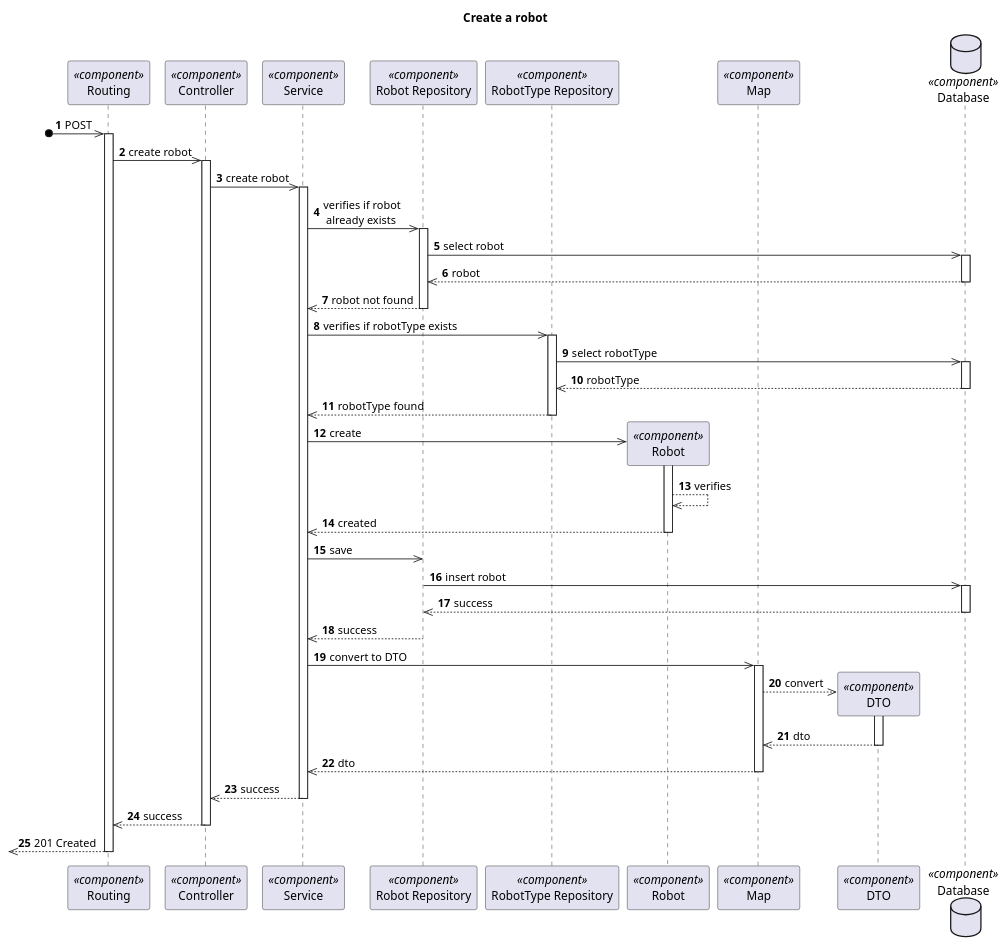
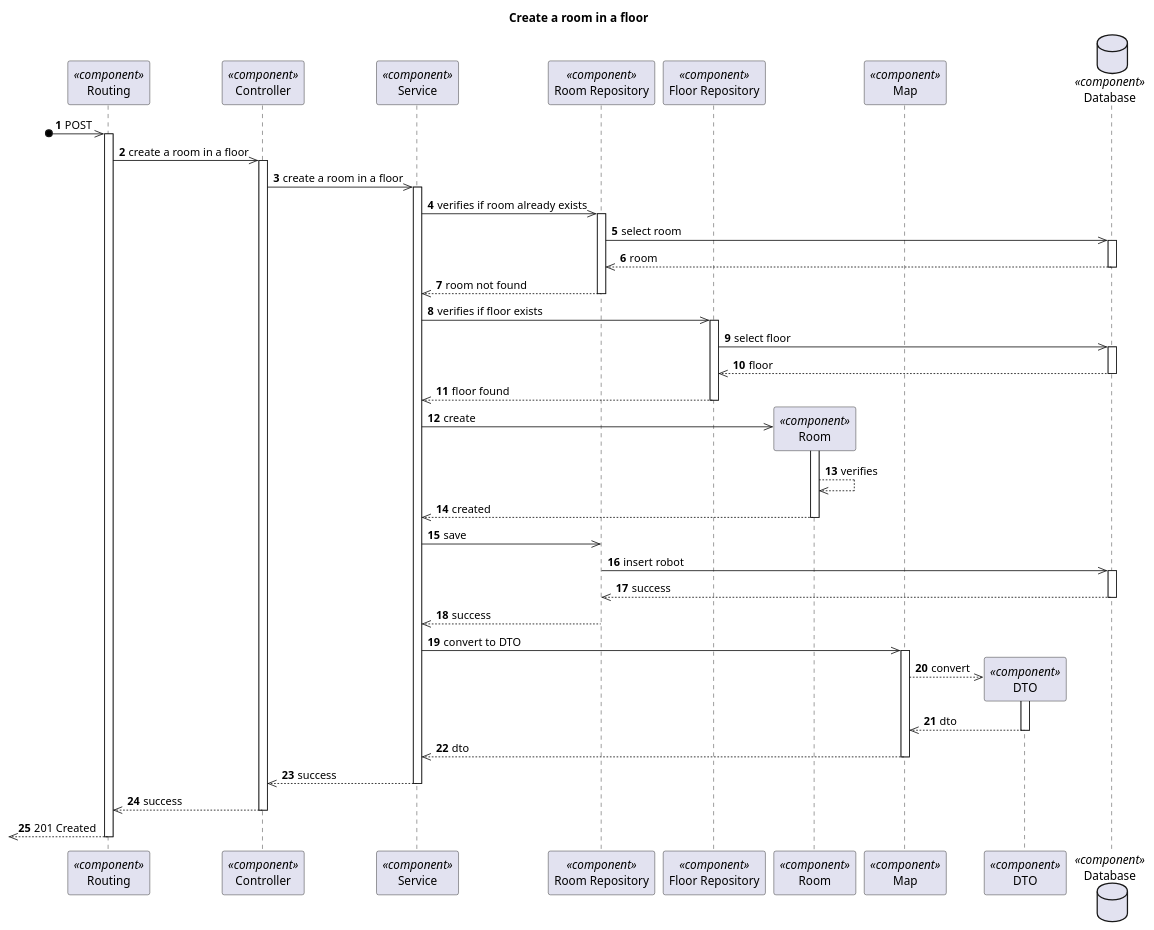
One commit to 1210910/lapr5 changed the diagram in docs/VistaProcesso/US310/InformationManager/ProcessView_Level3_US310.puml. Above: the diagram before and after it, drawn with PlantUML. The commit also changed 1 other file, not shown here.

```diff
--- a/docs/VistaProcesso/US310/InformationManager/ProcessView_Level3_US310.puml
+++ b/docs/VistaProcesso/US310/InformationManager/ProcessView_Level3_US310.puml
@@ -1,85 +1,86 @@
 @startuml Process View - Level 3
 
 autonumber
 skinparam packageStyle rect
 
-title Create a robot
+title Create a room in a floor
 
 participant "Routing" as routing <<component>>
 participant "Controller" as controller <<component>>
 participant "Service" as service <<component>>
-participant "Robot Repository" as robotrepo <<component>>
-participant "RobotType Repository" as robotTyperepo <<component>>
-participant "Robot" as robot <<component>>
+participant "Room Repository" as roomrepo <<component>>
+participant "Floor Repository" as floorrepo <<component>>
+participant "Room" as room <<component>>
 participant "Map" as map <<component>>
 participant "DTO" as dto <<component>>
 database "Database" as db <<component>>
 
 ?o->> routing : POST
 activate routing
-routing ->> controller : create robot
+routing ->> controller : create a room in a floor
 
 activate controller
-controller ->> service : create robot
+controller ->> service : create a room in a floor
 
 activate service
-service ->> robotrepo : verifies if robot \n already exists
+service ->> roomrepo : verifies if room already exists
 
-activate robotrepo
-robotrepo ->> db : select robot
+activate roomrepo
+roomrepo ->> db : select room
 activate db
-db -->> robotrepo : robot
+db -->> roomrepo : room
 deactivate db
 
-robotrepo -->> service : robot not found
-deactivate robotrepo
+roomrepo -->> service : room not found
+deactivate roomrepo
 
-service ->> robotTyperepo : verifies if robotType exists
-activate robotTyperepo
-robotTyperepo ->> db : select robotType
+service ->> floorrepo : verifies if floor exists
+activate floorrepo
+floorrepo ->> db : select floor
 activate db
-db -->> robotTyperepo : robotType
+db -->> floorrepo : floor
 deactivate db
 
-robotTyperepo -->> service : robotType found
-deactivate robotTyperepo
+floorrepo -->> service : floor found
+deactivate floorrepo
 
-service ->> robot** : create
-activate robot
 
-robot -->> robot: verifies
+service ->> room** : create
+activate room
 
-robot -->> service : created
-deactivate robot
+room -->> room: verifies
 
-service ->> robotrepo : save
-robotrepo ->> db : insert robot
+room -->> service : created
+deactivate room
+
+service ->> roomrepo : save
+roomrepo ->> db : insert robot
 activate db
-db -->> robotrepo : success
+db -->> roomrepo : success
 deactivate db
 
-robotrepo -->> service : success
-deactivate robotrepo
+roomrepo -->> service : success
+deactivate roomrepo
 
 service ->> map : convert to DTO
 activate map
 
 map -->> dto** : convert
 activate dto
 
 dto -->> map : dto
 deactivate dto
 
 map -->> service : dto
 deactivate map
 
 service -->> controller : success
 deactivate service
 
 controller -->> routing : success
 deactivate controller
 
 ?o<<-- routing : 201 Created
 deactivate routing
 
 @enduml
```
